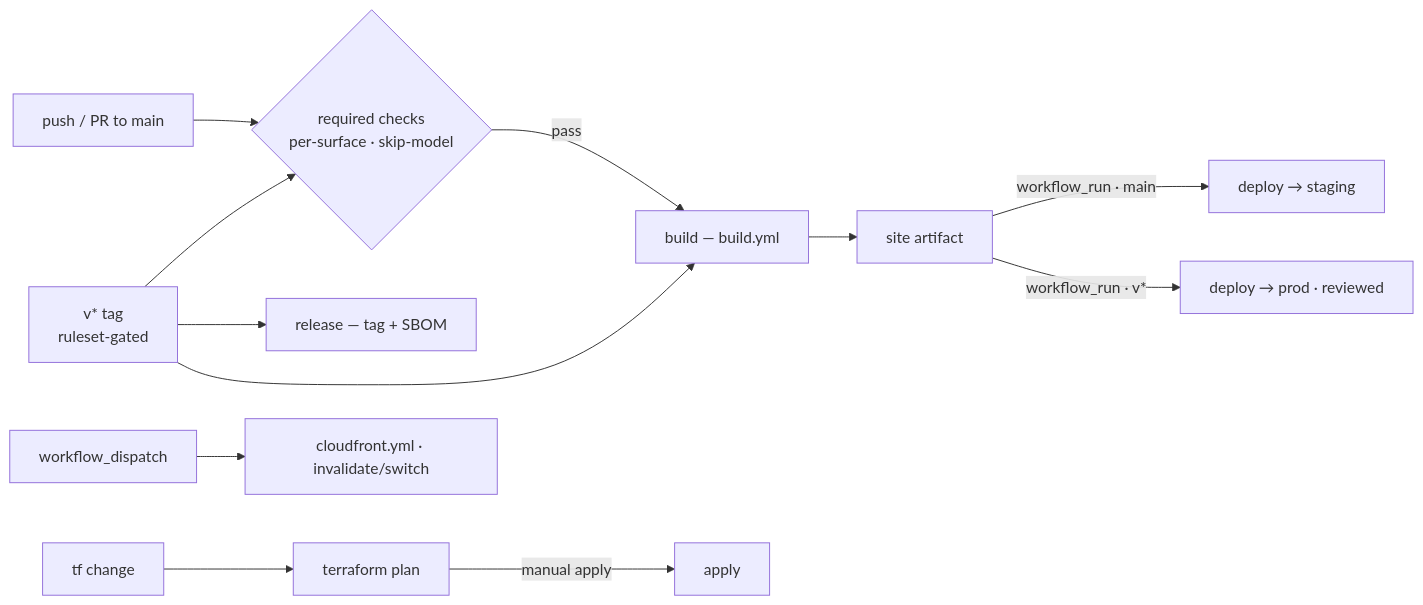
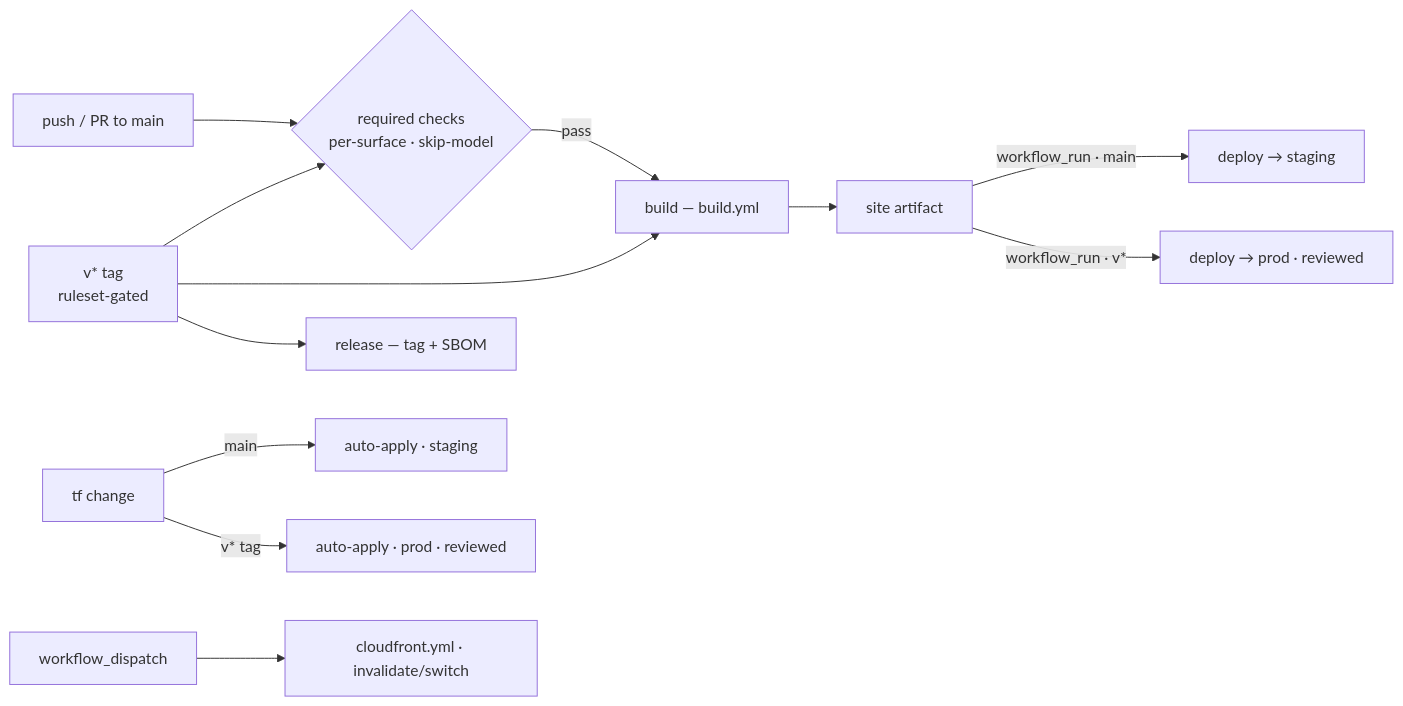
The fourth of 4 diagrams in README.md (mathewmusango/my-portfolio), drawn with Mermaid before and after one commit. The commit also changed other lines of this file and 2 other files, not shown here.

First line of the commit message:
docs: reflect the landed terraform split and auto-apply (#218)

````diff
--- a/README.md
+++ b/README.md
@@ -145,13 +145,14 @@
 ```mermaid
 flowchart LR
     M[push / PR to main] --> C{required checks<br/>per-surface · skip-model}
     V[v* tag<br/>ruleset-gated] --> C
     C -->|pass| B[build — build.yml]
     V --> B
     B --> A[site artifact]
     A -->|workflow_run · main| S[deploy → staging]
     A -->|workflow_run · v*| P[deploy → prod · reviewed]
     V --> R[release — tag + SBOM]
-    T[tf change] --> TP[terraform plan] -->|manual apply| AP[apply]
+    T[tf change] -->|main| TS[auto-apply · staging]
+    T -->|v* tag| TP[auto-apply · prod · reviewed]
     X[workflow_dispatch] --> CF[cloudfront.yml · invalidate/switch]
 ```
````
